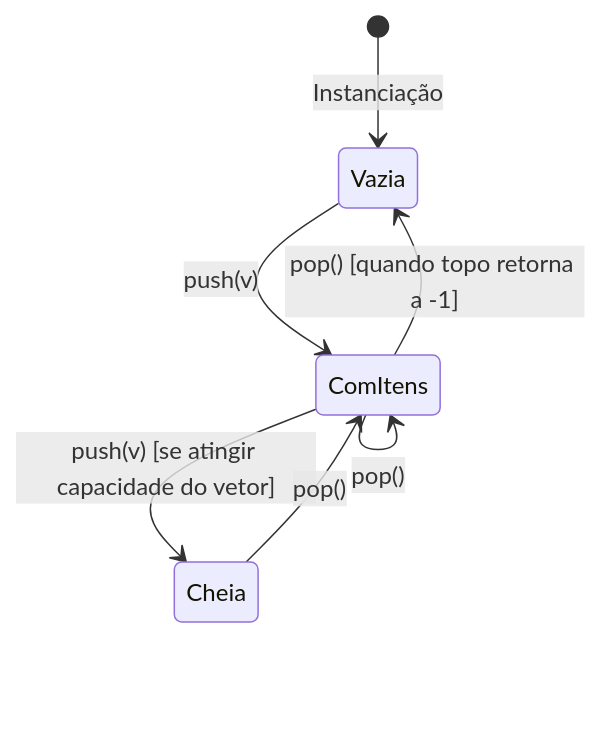
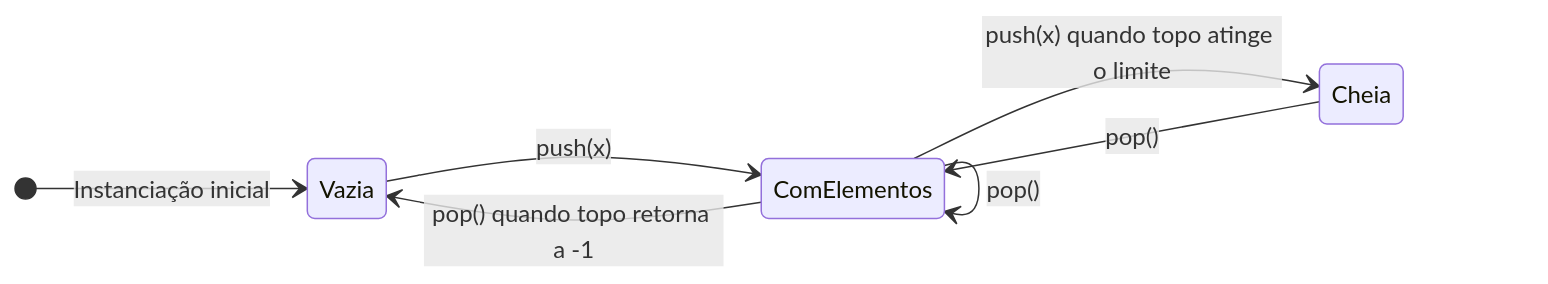
Diagram 17 of 22 in 4º Semestre/[Prof. Wesley Soares] Estrutura de Dados I/Resumos-IA/Caderno-Consolidado.md (murilolol/unifef), drawn with Mermaid before and after one commit. The commit also changed other lines of this file and 25 other files, not shown here.

````diff
--- a/4º Semestre/[Prof. Wesley Soares] Estrutura de Dados I/Resumos-IA/Caderno-Consolidado.md
+++ b/4º Semestre/[Prof. Wesley Soares] Estrutura de Dados I/Resumos-IA/Caderno-Consolidado.md
@@ -919,10 +988,11 @@
 ```mermaid
 stateDiagram-v2
-    [*] --> Vazia: Instanciação
-    Vazia --> ComItens: push(v)
-    ComItens --> ComItens: push(v)
-    ComItens --> Cheia: push(v) [se atingir capacidade do vetor]
-    Cheia --> ComItens: pop()
-    ComItens --> ComItens: pop()
-    ComItens --> Vazia: pop() [quando topo retorna a -1]
+    direction LR
+    [*] --> Vazia: Instanciação inicial
+    Vazia --> ComElementos: push(x)
+    ComElementos --> ComElementos: push(x)
+    ComElementos --> Cheia: push(x) quando topo atinge o limite
+    Cheia --> ComElementos: pop()
+    ComElementos --> ComElementos: pop()
+    ComElementos --> Vazia: pop() quando topo retorna a -1
 ```
````
